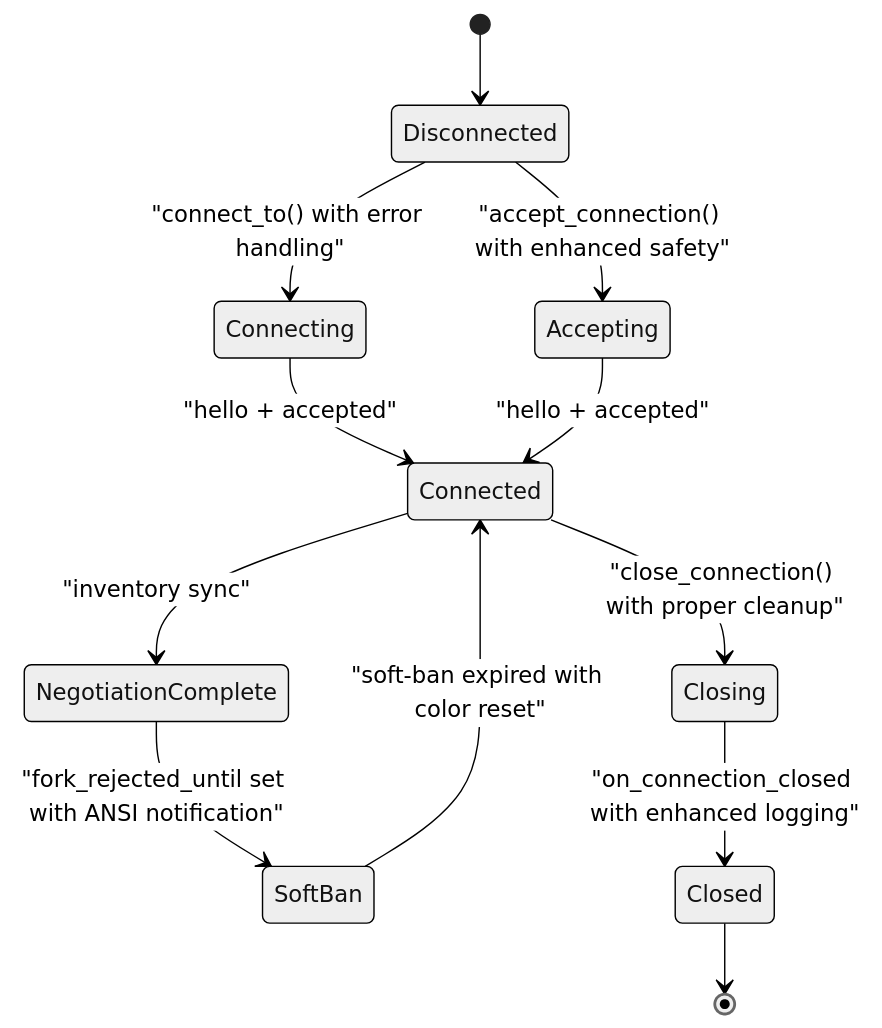
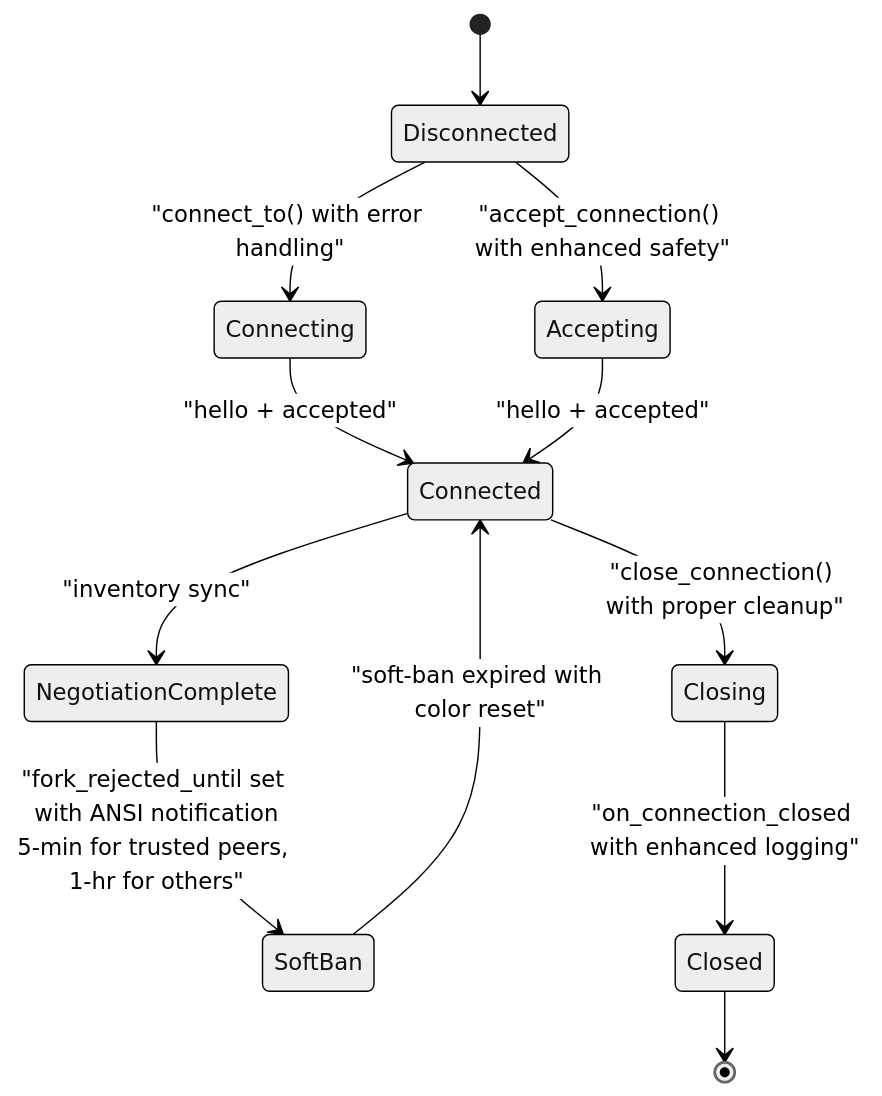
One commit to VIZ-Blockchain/viz-cpp-node changed the seventh of 12 diagrams in .qoder/repowiki/en/content/Architecture Overview/Core Libraries/Network Library/Peer Connection Management.md. Above: the diagram before and after it, drawn with Mermaid (neutral theme). The commit also changed other lines of this file and 5 other files, not shown here.

````diff
--- a/.qoder/repowiki/en/content/Architecture Overview/Core Libraries/Network Library/Peer Connection Management.md
+++ b/.qoder/repowiki/en/content/Architecture Overview/Core Libraries/Network Library/Peer Connection Management.md
@@ -376,14 +415,14 @@
 ```mermaid
 stateDiagram-v2
 [*] --> Disconnected
 Disconnected --> Connecting : "connect_to() with error handling"
 Disconnected --> Accepting : "accept_connection() with enhanced safety"
 Connecting --> Connected : "hello + accepted"
 Accepting --> Connected : "hello + accepted"
 Connected --> NegotiationComplete : "inventory sync"
-NegotiationComplete --> SoftBan : "fork_rejected_until set with ANSI notification"
+NegotiationComplete --> SoftBan : "fork_rejected_until set with ANSI notification<br/>5-min for trusted peers, 1-hr for others"
 SoftBan --> Connected : "soft-ban expired with color reset"
 Connected --> Closing : "close_connection() with proper cleanup"
 Closing --> Closed : "on_connection_closed with enhanced logging"
 Closed --> [*]
 ```
````
